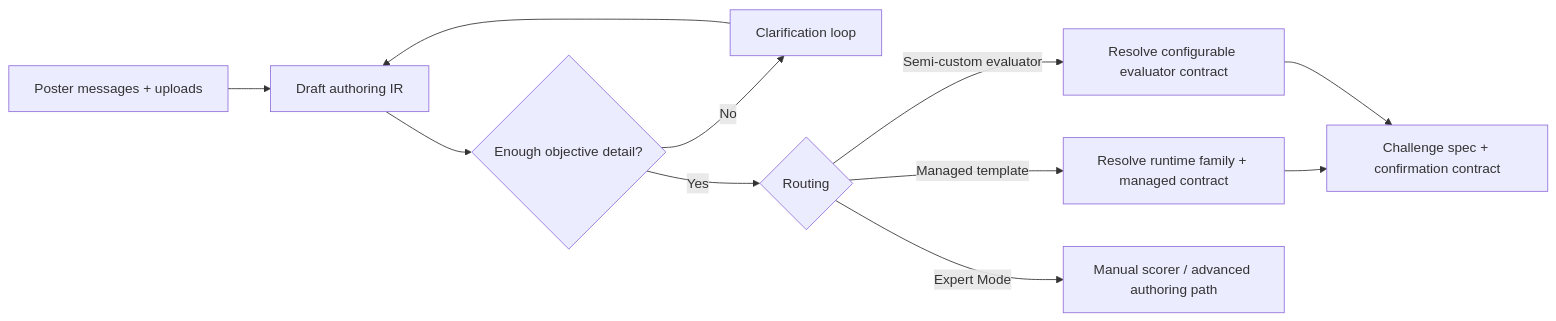
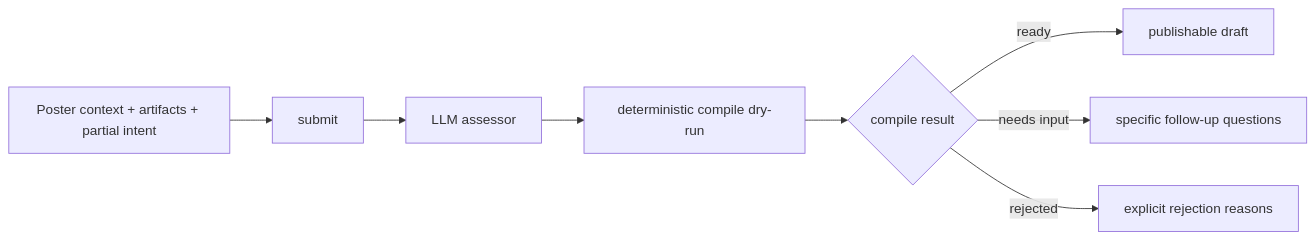
Before and after one commit to andymolecule/Agora: the diagram in docs/challenge-authoring-ir.md, drawn with Mermaid. The commit also changed other lines of this file and 81 other files, not shown here.

````diff
--- a/docs/challenge-authoring-ir.md
+++ b/docs/challenge-authoring-ir.md
@@ -65,13 +32,10 @@
 ```mermaid
 flowchart LR
-    A["Poster messages + uploads"] --> B["Draft authoring IR"]
-    B --> C{"Enough objective detail?"}
-    C -- "No" --> D["Clarification loop"]
-    D --> B
-    C -- "Yes" --> E{"Routing"}
-    E -- "Managed template" --> F["Resolve runtime family + managed contract"]
-    E -- "Semi-custom evaluator" --> G["Resolve configurable evaluator contract"]
-    E -- "Expert Mode" --> H["Manual scorer / advanced authoring path"]
-    F --> I["Challenge spec + confirmation contract"]
-    G --> I
+    A["Poster context + artifacts + partial intent"] --> B["submit"]
+    B --> C["LLM assessor"]
+    C --> D["deterministic compile dry-run"]
+    D --> E{"compile result"}
+    E -- "ready" --> F["publishable draft"]
+    E -- "needs input" --> G["specific follow-up questions"]
+    E -- "rejected" --> H["explicit rejection reasons"]
 ```
````
